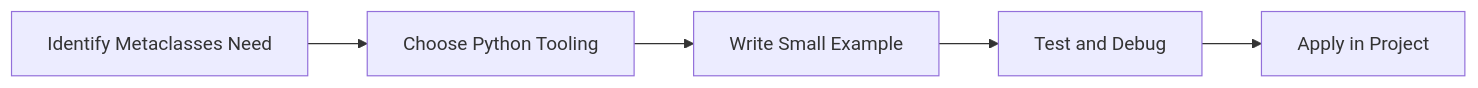
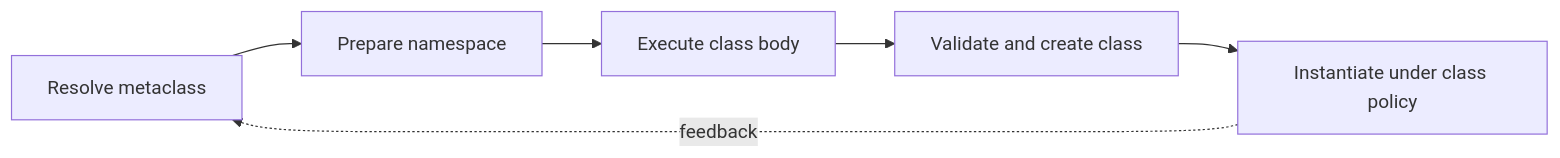
Before and after one commit to SYMOIZ/E-Learning-Portal: the diagram in Python-Mastery/Advanced/08-metaclasses.md, drawn with Mermaid. The commit also changed other lines of this file and 116 other files, not shown here.

````diff
--- a/Python-Mastery/Advanced/08-metaclasses.md
+++ b/Python-Mastery/Advanced/08-metaclasses.md
@@ -150,7 +160,8 @@
 ```mermaid
 flowchart LR
-    A[Identify Metaclasses Need] --> B[Choose Python Tooling]
-    B --> C[Write Small Example]
-    C --> D[Test and Debug]
-    D --> E[Apply in Project]
+    A[Resolve metaclass] --> B[Prepare namespace]
+    B --> C[Execute class body]
+    C --> D[Validate and create class]
+    D --> E[Instantiate under class policy]
+    E -. feedback .-> A
 ```
````
